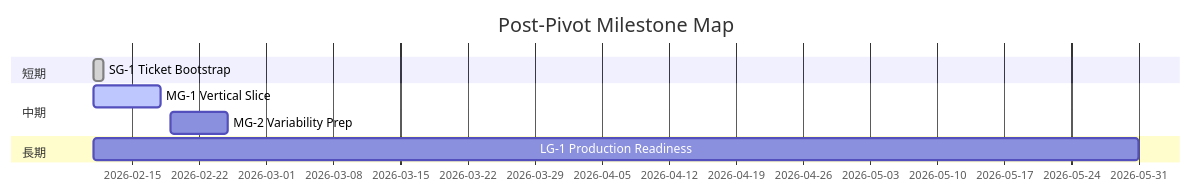
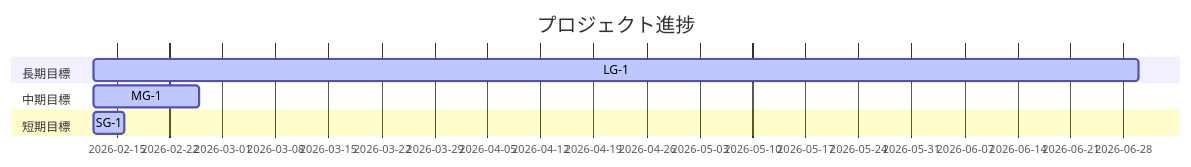
One commit to YuShimoji/UnityChatNovelGame changed the diagram in docs/MILESTONE_PLAN.md. Above: the diagram before and after it, drawn with Mermaid. The commit also changed other lines of this file and 20 other files, not shown here.

````diff
--- a/docs/MILESTONE_PLAN.md
+++ b/docs/MILESTONE_PLAN.md
@@ -67,12 +55,11 @@
 ```mermaid
 gantt
-    title Post-Pivot Milestone Map
+    title プロジェクト進捗
     dateFormat  YYYY-MM-DD
-    section 短期
-    SG-1 Ticket Bootstrap      :done, sg1, 2026-02-11, 1d
-    section 中期
-    MG-1 Vertical Slice        :active, mg1, 2026-02-11, 2026-02-18
-    MG-2 Variability Prep      :mg2, 2026-02-19, 2026-02-25
-    section 長期
-    LG-1 Production Readiness  :lg1, 2026-02-11, 2026-05-31
+    section 長期目標
+    LG-1            :active, lg1, 2026-02-12, 2026-06-30
+    section 中期目標
+    MG-1            :active, mg1, 2026-02-12, 2026-02-26
+    section 短期目標
+    SG-1            :active, sg1, 2026-02-12, 2026-02-16
 ```
````
